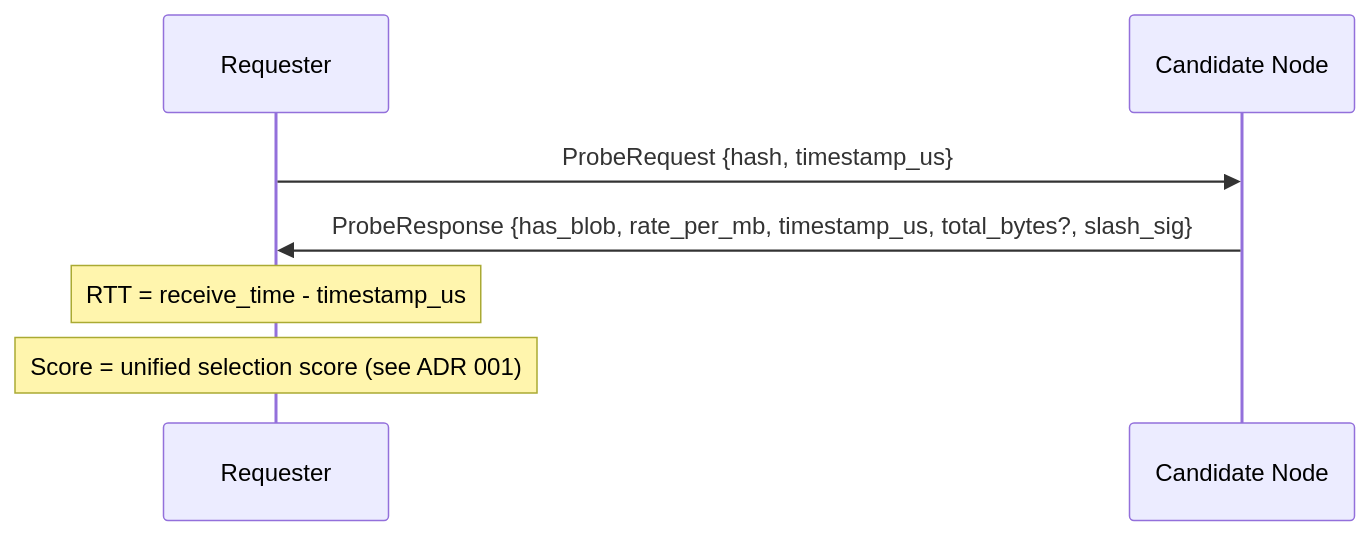
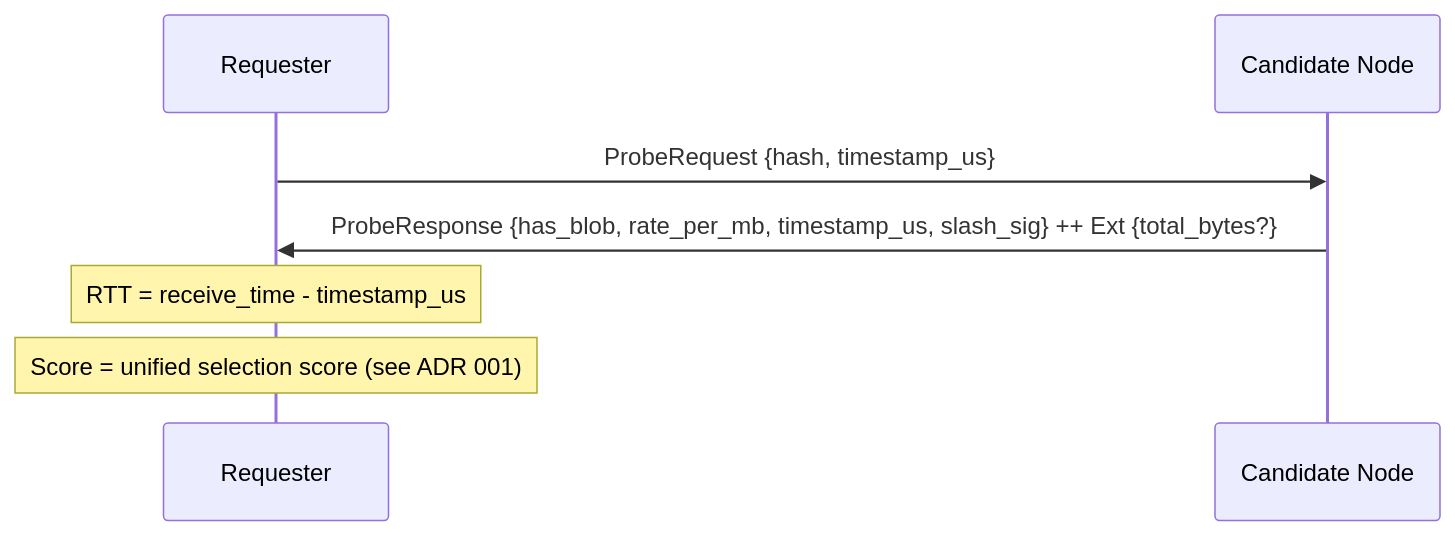
One commit to decdn/decdn changed the first of 3 diagrams in adr/005-protocol.md. Above: the diagram before and after it, drawn with Mermaid. The commit also changed other lines of this file and 46 other files, not shown here.

````diff
--- a/adr/005-protocol.md
+++ b/adr/005-protocol.md
@@ -32,11 +32,11 @@
 ```mermaid
 sequenceDiagram
     participant R as Requester
     participant C as Candidate Node
 
     R->>C: ProbeRequest {hash, timestamp_us}
-    C->>R: ProbeResponse {has_blob, rate_per_mb, timestamp_us, total_bytes?, slash_sig}
+    C->>R: ProbeResponse {has_blob, rate_per_mb, timestamp_us, slash_sig} ++ Ext {total_bytes?}
 
     Note over R: RTT = receive_time - timestamp_us
     Note over R: Score = unified selection score (see ADR 001)
 ```
````
